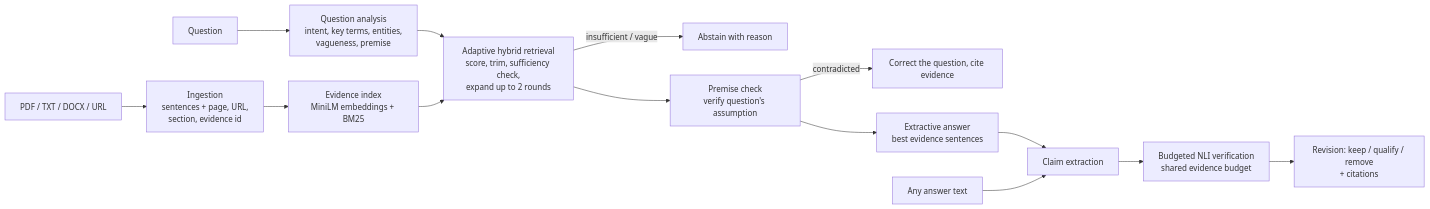
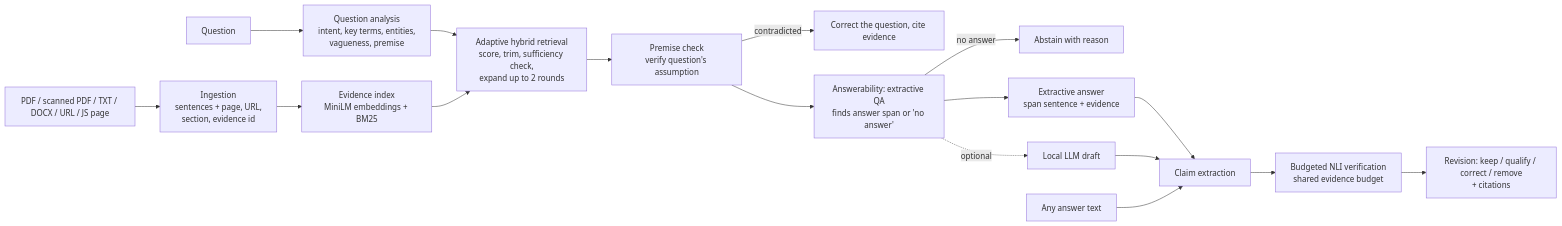
Before and after one commit to manishreddy1767/claim-aware-adaptive-rag: the diagram in README.md, drawn with Mermaid. The commit also changed other lines of this file and 4 other files, not shown here.

````diff
--- a/README.md
+++ b/README.md
@@ -28,16 +29,19 @@
 ```mermaid
 flowchart LR
-  A[PDF / TXT / DOCX / URL] --> B[Ingestion<br/>sentences + page, URL,<br/>section, evidence id]
+  A[PDF / scanned PDF / TXT / DOCX / URL / JS page] --> B[Ingestion<br/>sentences + page, URL,<br/>section, evidence id]
   B --> C[Evidence index<br/>MiniLM embeddings + BM25]
   Q[Question] --> QA[Question analysis<br/>intent, key terms, entities,<br/>vagueness, premise]
   QA --> R[Adaptive hybrid retrieval<br/>score, trim, sufficiency check,<br/>expand up to 2 rounds]
   C --> R
-  R -->|insufficient / vague| X[Abstain with reason]
   R --> P[Premise check<br/>verify question's assumption]
   P -->|contradicted| Y[Correct the question, cite evidence]
-  P --> G[Extractive answer<br/>best evidence sentences]
+  P --> S[Answerability: extractive QA<br/>finds answer span or 'no answer']
+  S -->|no answer| X[Abstain with reason]
+  S --> G[Extractive answer<br/>span sentence + evidence]
+  S -.->|optional| L[Local LLM draft]
   G --> K[Claim extraction]
+  L --> K
+  T[Any answer text] --> K
   K --> V[Budgeted NLI verification<br/>shared evidence budget]
-  V --> H[Revision: keep / qualify / remove<br/>+ citations]
-  T[Any answer text] --> K
+  V --> H[Revision: keep / qualify / correct / remove<br/>+ citations]
 ```
````
